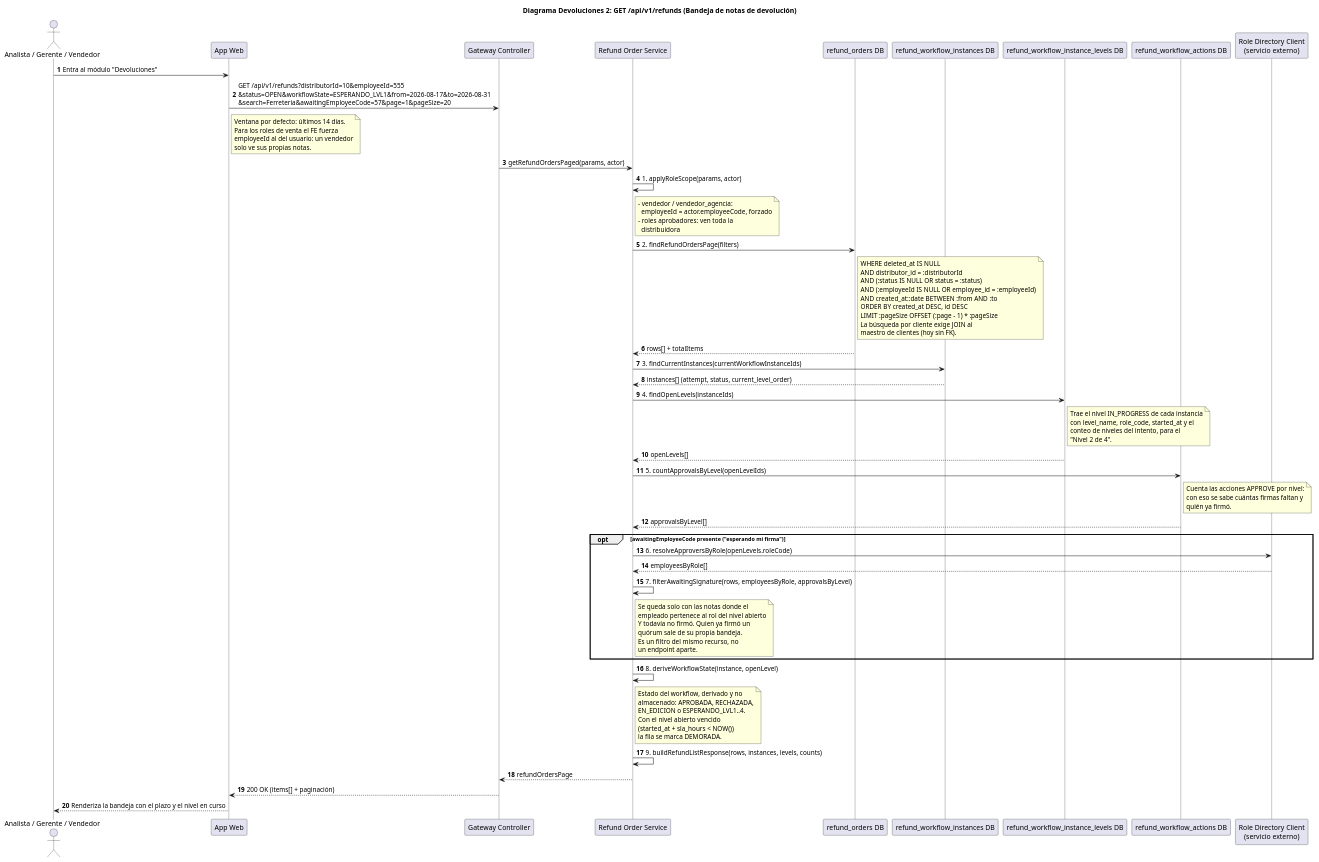
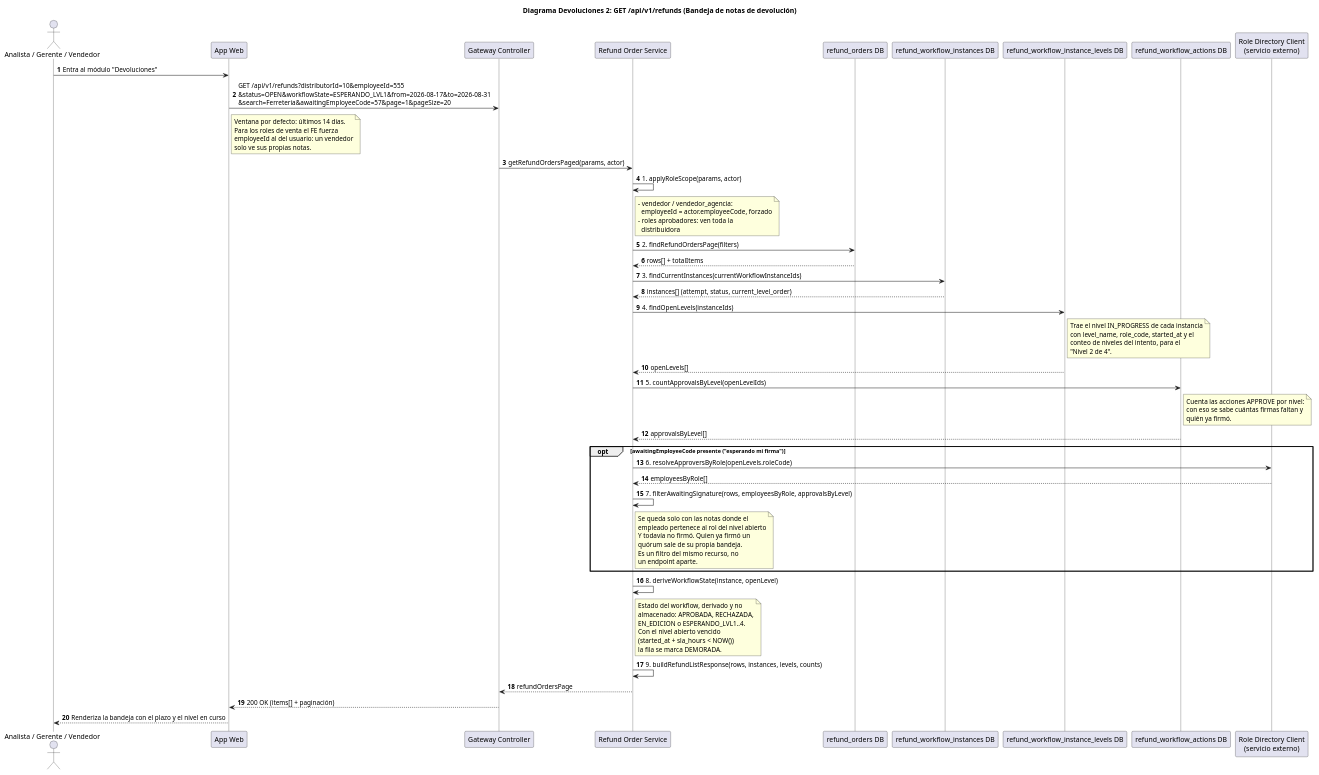
The diagram in diagrams/dev_02_get_refunds_list.plantuml (oliviosubelza/mockups-web), drawn with PlantUML before and after one commit. The commit also changed 7 other files, not shown here.

Commit message:
set db and diagrams

```diff
--- a/diagrams/dev_02_get_refunds_list.plantuml
+++ b/diagrams/dev_02_get_refunds_list.plantuml
@@ -1,97 +1,86 @@
 @startuml
 skinparam lifelineStrategy solid
 autonumber
 title Diagrama Devoluciones 2: GET /api/v1/refunds (Bandeja de notas de devolución)
 
 actor "Analista / Gerente / Vendedor" as User
 participant "App Web" as Web
 participant "Gateway Controller" as Gateway
 participant "Refund Order Service" as Service
 participant "refund_orders DB" as OrdersDB
 participant "refund_workflow_instances DB" as InstanceDB
 participant "refund_workflow_instance_levels DB" as LevelsDB
 participant "refund_workflow_actions DB" as ActionsDB
 participant "Role Directory Client\n(servicio externo)" as RoleDir
 
 User -> Web: Entra al módulo "Devoluciones"
 Web -> Gateway: GET /api/v1/refunds?distributorId=10&employeeId=555\n&status=OPEN&workflowState=ESPERANDO_LVL1&from=2026-08-17&to=2026-08-31\n&search=Ferretería&awaitingEmployeeCode=57&page=1&pageSize=20
 note right of Web
   Ventana por defecto: últimos 14 días.
   Para los roles de venta el FE fuerza
   employeeId al del usuario: un vendedor
   solo ve sus propias notas.
 end note
 Gateway -> Service: getRefundOrdersPaged(params, actor)
 
 Service -> Service: 1. applyRoleScope(params, actor)
 note right of Service
   - vendedor / vendedor_agencia:
     employeeId = actor.employeeCode, forzado
   - roles aprobadores: ven toda la
     distribuidora
 end note
 
 Service -> OrdersDB: 2. findRefundOrdersPage(filters)
-note right of OrdersDB
-  WHERE deleted_at IS NULL
-  AND distributor_id = :distributorId
-  AND (:status IS NULL OR status = :status)
-  AND (:employeeId IS NULL OR employee_id = :employeeId)
-  AND created_at::date BETWEEN :from AND :to
-  ORDER BY created_at DESC, id DESC
-  LIMIT :pageSize OFFSET (:page - 1) * :pageSize
-  La búsqueda por cliente exige JOIN al
-  maestro de clientes (hoy sin FK).
-end note
 OrdersDB --> Service: rows[] + totalItems
 
 Service -> InstanceDB: 3. findCurrentInstances(currentWorkflowInstanceIds)
 InstanceDB --> Service: instances[] (attempt, status, current_level_order)
 
 Service -> LevelsDB: 4. findOpenLevels(instanceIds)
 note right of LevelsDB
   Trae el nivel IN_PROGRESS de cada instancia
   con level_name, role_code, started_at y el
   conteo de niveles del intento, para el
   "Nivel 2 de 4".
 end note
 LevelsDB --> Service: openLevels[]
 
 Service -> ActionsDB: 5. countApprovalsByLevel(openLevelIds)
 note right of ActionsDB
   Cuenta las acciones APPROVE por nivel:
   con eso se sabe cuántas firmas faltan y
   quién ya firmó.
 end note
 ActionsDB --> Service: approvalsByLevel[]
 
 opt awaitingEmployeeCode presente ("esperando mi firma")
     Service -> RoleDir: 6. resolveApproversByRole(openLevels.roleCode)
     RoleDir --> Service: employeesByRole[]
 
     Service -> Service: 7. filterAwaitingSignature(rows, employeesByRole, approvalsByLevel)
     note right of Service
       Se queda solo con las notas donde el
       empleado pertenece al rol del nivel abierto
       Y todavía no firmó. Quien ya firmó un
       quórum sale de su propia bandeja.
       Es un filtro del mismo recurso, no
       un endpoint aparte.
     end note
 end
 
 Service -> Service: 8. deriveWorkflowState(instance, openLevel)
 note right of Service
   Estado del workflow, derivado y no
   almacenado: APROBADA, RECHAZADA,
   EN_EDICION o ESPERANDO_LVL1..4.
   Con el nivel abierto vencido
   (started_at + sla_hours < NOW())
   la fila se marca DEMORADA.
 end note
 
 Service -> Service: 9. buildRefundListResponse(rows, instances, levels, counts)
 Service --> Gateway: refundOrdersPage
 Gateway --> Web: 200 OK (items[] + paginación)
 Web --> User: Renderiza la bandeja con el plazo y el nivel en curso
 @enduml
```
